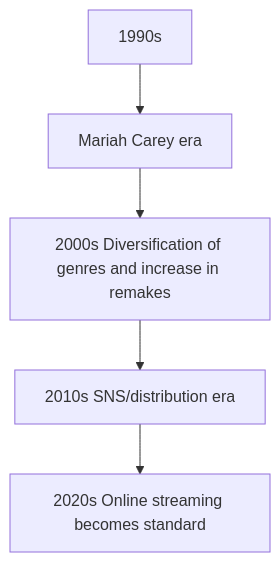
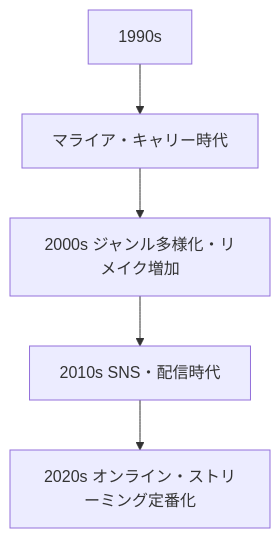
One commit to monumental-movement/monumental-movement.github.io changed the sixth of 6 diagrams in en/_posts/2025-11-16-column-christmas-songs-history.md. Above: the diagram before and after it, drawn with Mermaid. The commit also changed other lines of this file and 2196 other files, not shown here.

```diff
--- a/en/_posts/2025-11-16-column-christmas-songs-history.md
+++ b/en/_posts/2025-11-16-column-christmas-songs-history.md
@@ -207,9 +207,9 @@
 <div class="mermaid">
 
 graph TD
-A[1990s] --> B[Mariah Carey era]
-B --> C[2000s Diversification of genres and increase in remakes]
-C --> D[2010s SNS/distribution era]
-D --> E[2020s Online streaming becomes standard]
+A[1990s] --> B[マライア・キャリー時代]
+B --> C[2000s ジャンル多様化・リメイク増加]
+C --> D[2010s SNS・配信時代]
+D --> E[2020s オンライン・ストリーミング定番化]
 
 </div>
```
